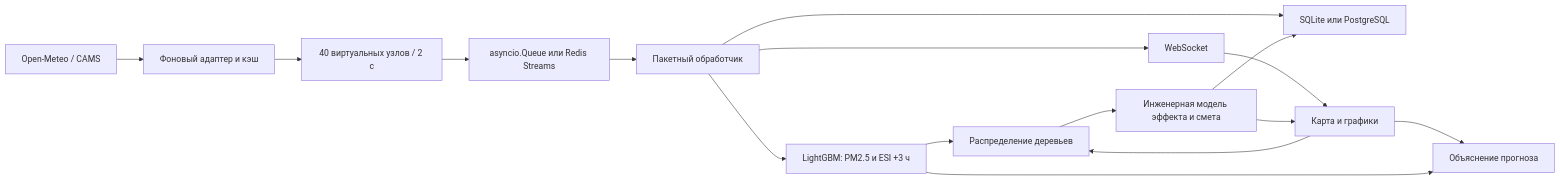
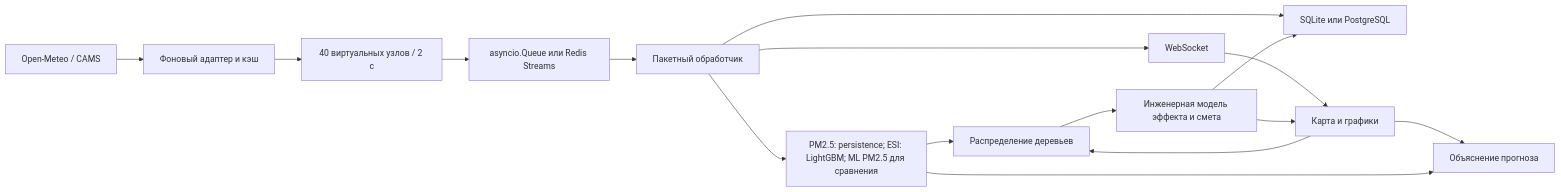
The diagram in README.md (GL1NoMe5/A.S.T.R.A), drawn with Mermaid before and after one commit. The commit also changed other lines of this file and 20 other files, not shown here.

````diff
--- a/README.md
+++ b/README.md
@@ -102,18 +102,18 @@
 ```mermaid
 flowchart LR
     OM[Open-Meteo / CAMS] --> BG[Фоновый адаптер и кэш]
     BG --> SIM[40 виртуальных узлов / 2 с]
     SIM --> BUS[asyncio.Queue или Redis Streams]
     BUS --> WORKER[Пакетный обработчик]
-    WORKER --> ML[LightGBM: PM2.5 и ESI +3 ч]
+    WORKER --> ML[PM2.5: persistence; ESI: LightGBM; ML PM2.5 для сравнения]
     WORKER --> DB[SQLite или PostgreSQL]
     WORKER --> WS[WebSocket]
     WS --> UI[Карта и графики]
     UI --> SHAP[Объяснение прогноза]
     ML --> SHAP
     UI --> OPT[Распределение деревьев]
     ML --> OPT
     OPT --> EFFECT[Инженерная модель эффекта и смета]
     EFFECT --> DB
     EFFECT --> UI
 ```
````
